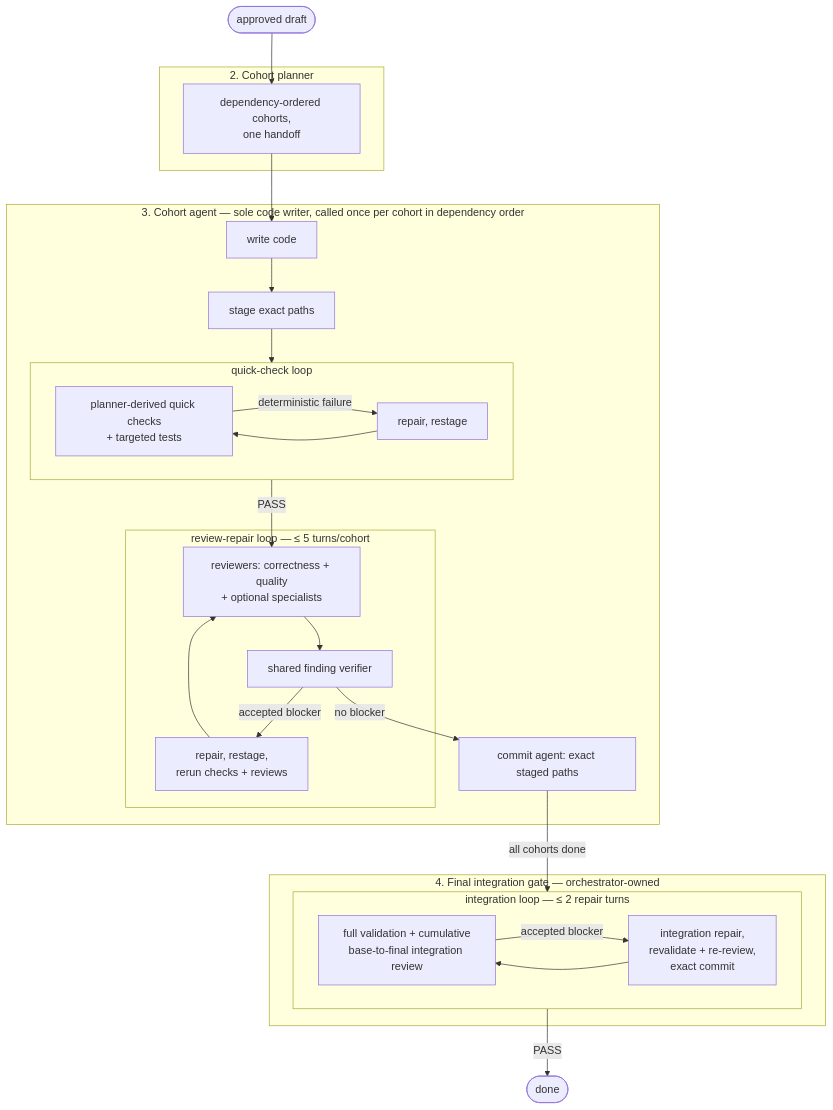
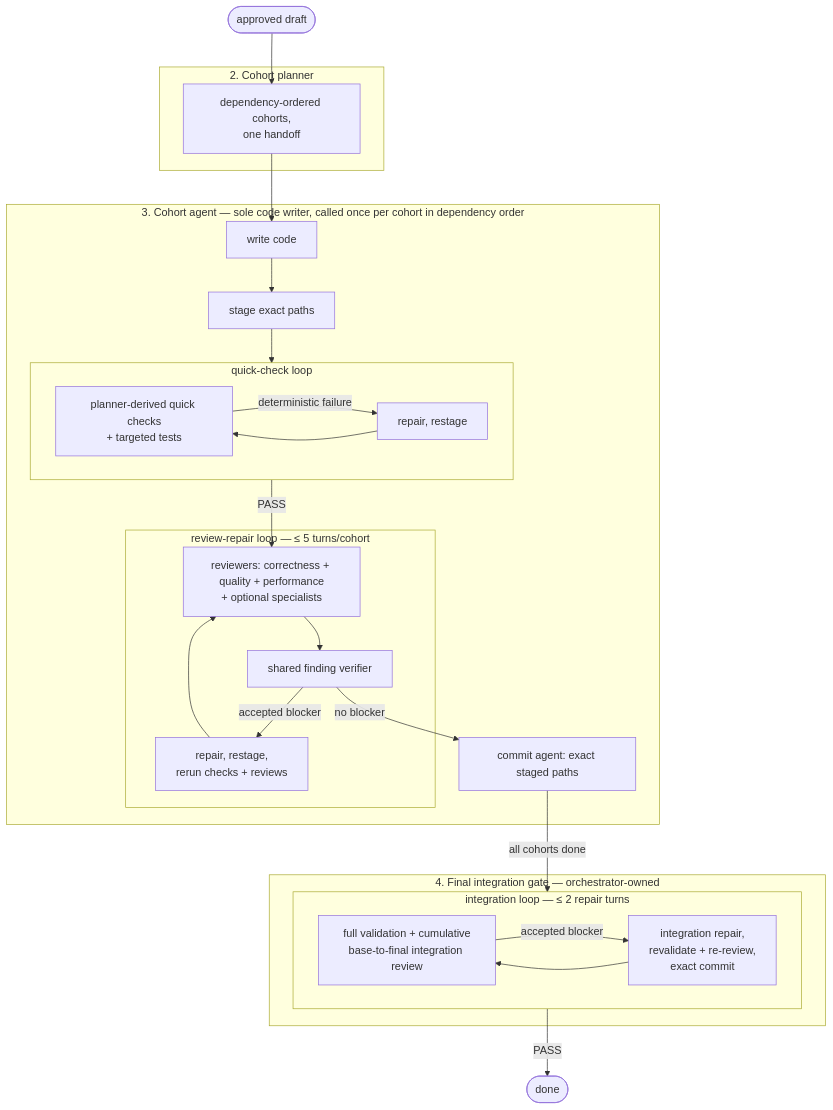
One commit to Sewer56/nixos-opencode-config changed the second of 2 diagrams in EXPLAINER.md. Above: the diagram before and after it, drawn with Mermaid. The commit also changed other lines of this file and 14 other files, not shown here.

First line of the commit message:
Changed: make performance review always-on for runtime-code commits

````diff
--- a/EXPLAINER.md
+++ b/EXPLAINER.md
@@ -32,42 +32,42 @@
 ```mermaid
 flowchart TD
     approval([approved draft]) --> plan
 
     subgraph sPlan["2. Cohort planner"]
         plan[dependency-ordered cohorts,<br/>one handoff]
     end
 
     plan --> write
 
     subgraph s3["3. Cohort agent — sole code writer, called once per cohort in dependency order"]
         write[write code] --> stage[stage exact paths]
         stage --> checkLoop
 
         subgraph checkLoop["quick-check loop"]
             quick[planner-derived quick checks<br/>+ targeted tests] -- deterministic failure --> quickRepair[repair, restage]
             quickRepair --> quick
         end
 
         checkLoop -- PASS --> review
 
         subgraph repairLoop["review-repair loop — ≤ 5 turns/cohort"]
-            review[reviewers: correctness + quality<br/>+ optional specialists] --> verifier[shared finding verifier]
+            review[reviewers: correctness + quality + performance<br/>+ optional specialists] --> verifier[shared finding verifier]
             verifier -- accepted blocker --> blockerRepair[repair, restage,<br/>rerun checks + reviews]
             blockerRepair --> review
         end
 
         verifier -- no blocker --> commit[commit agent: exact staged paths]
     end
 
     commit -- all cohorts done --> finalLoop
 
     subgraph s4["4. Final integration gate — orchestrator-owned"]
         subgraph finalLoop["integration loop — ≤ 2 repair turns"]
             final[full validation + cumulative<br/>base-to-final integration review]
             final -- accepted blocker --> finalRepair[integration repair,<br/>revalidate + re-review,<br/>exact commit]
             finalRepair --> final
         end
     end
 
     finalLoop -- PASS --> done([done])
 ```
````
